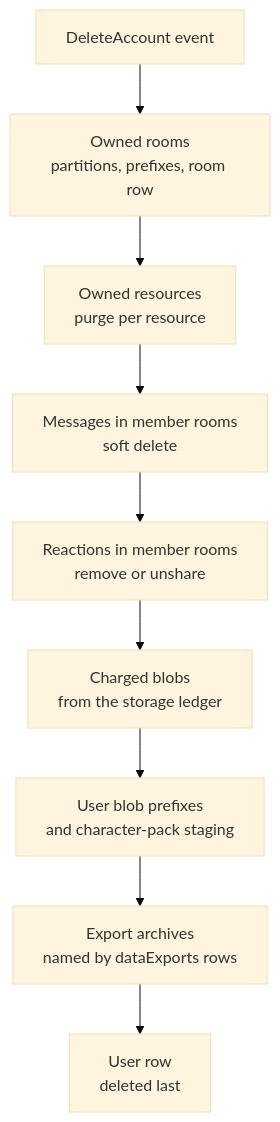
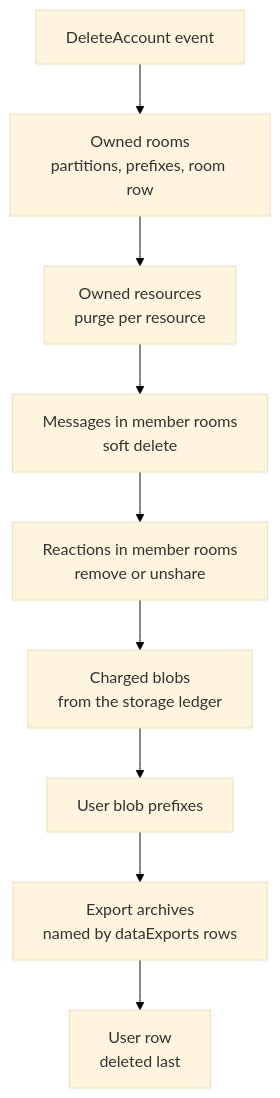
One commit to Esposter/Esposter changed the second of 2 diagrams in openspec/specs/user/account-deletion/design.md. Above: the diagram before and after it, drawn with Mermaid (base theme). The commit also changed other lines of this file and 13 other files, not shown here.

````diff
--- a/openspec/specs/user/account-deletion/design.md
+++ b/openspec/specs/user/account-deletion/design.md
@@ -34,11 +34,11 @@
 ```mermaid
 flowchart TD
   Event["DeleteAccount event"] --> Rooms["Owned rooms<br/>partitions, prefixes, room row"]
   Rooms --> Resources["Owned resources<br/>purge per resource"]
   Resources --> Messages["Messages in member rooms<br/>soft delete"]
   Messages --> Reactions["Reactions in member rooms<br/>remove or unshare"]
   Reactions --> Charged["Charged blobs<br/>from the storage ledger"]
-  Charged --> Prefixes["User blob prefixes<br/>and character-pack staging"]
+  Charged --> Prefixes["User blob prefixes"]
   Prefixes --> Exports["Export archives<br/>named by dataExports rows"]
   Exports --> User["User row<br/>deleted last"]
 ```
````
